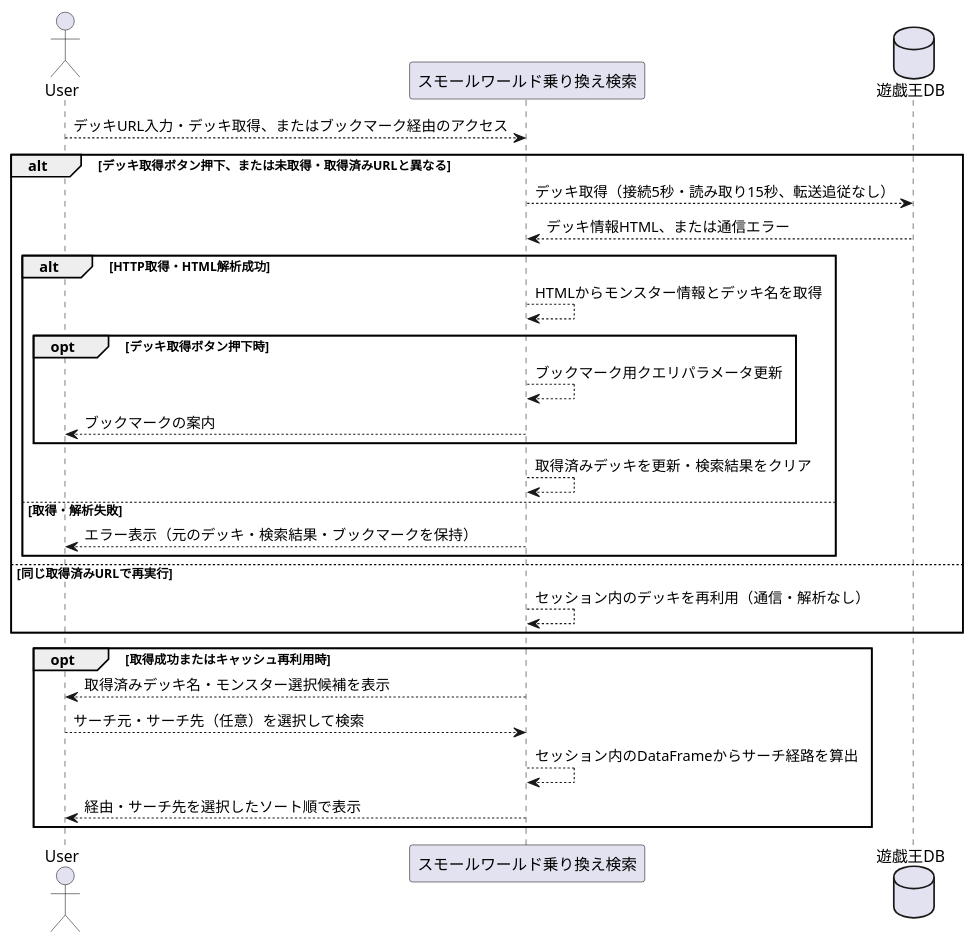
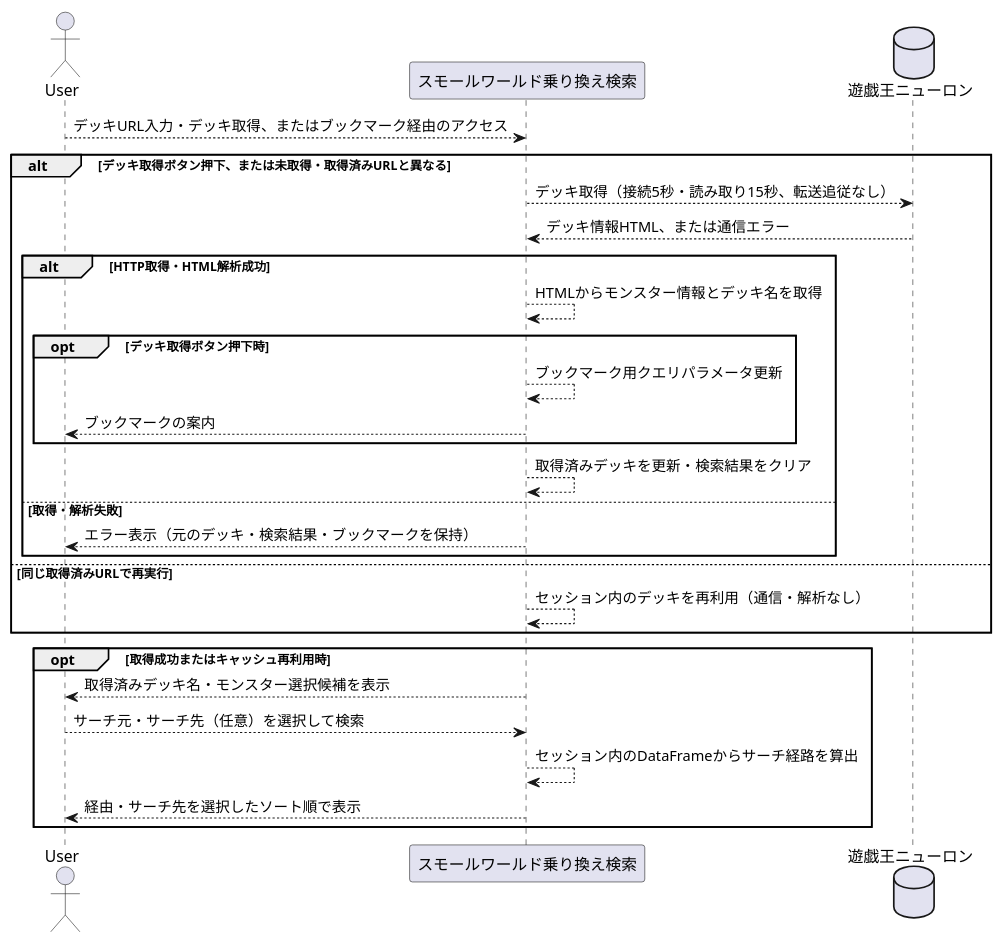
Before and after one commit to ikishichi/ygo-small-world-transit: the third of 6 diagrams in docs/ygo-small-world-transit.md, drawn with PlantUML. The commit also changed other lines of this file and 7 other files, not shown here.

````diff
--- a/docs/ygo-small-world-transit.md
+++ b/docs/ygo-small-world-transit.md
@@ -49,30 +49,30 @@
 ```plantuml
 @startuml
 actor "User" as user
 participant "スモールワールド乗り換え検索" as sw
-database "遊戯王DB" as db
+database "遊戯王ニューロン" as db
     user --> sw : デッキURL入力・デッキ取得、またはブックマーク経由のアクセス
     alt デッキ取得ボタン押下、または未取得・取得済みURLと異なる
         sw --> db : デッキ取得（接続5秒・読み取り15秒、転送追従なし）
         db --> sw : デッキ情報HTML、または通信エラー
         alt HTTP取得・HTML解析成功
             sw --> sw : HTMLからモンスター情報とデッキ名を取得
             opt デッキ取得ボタン押下時
                 sw --> sw : ブックマーク用クエリパラメータ更新
                 sw --> user : ブックマークの案内
             end
             sw --> sw : 取得済みデッキを更新・検索結果をクリア
         else 取得・解析失敗
             sw --> user : エラー表示（元のデッキ・検索結果・ブックマークを保持）
         end
     else 同じ取得済みURLで再実行
         sw --> sw : セッション内のデッキを再利用（通信・解析なし）
     end
     opt 取得成功またはキャッシュ再利用時
         sw --> user : 取得済みデッキ名・モンスター選択候補を表示
         user --> sw : サーチ元・サーチ先（任意）を選択して検索
         sw --> sw : セッション内のDataFrameからサーチ経路を算出
         sw --> user : 経由・サーチ先を選択したソート順で表示
     end
 @enduml
 ```
````
